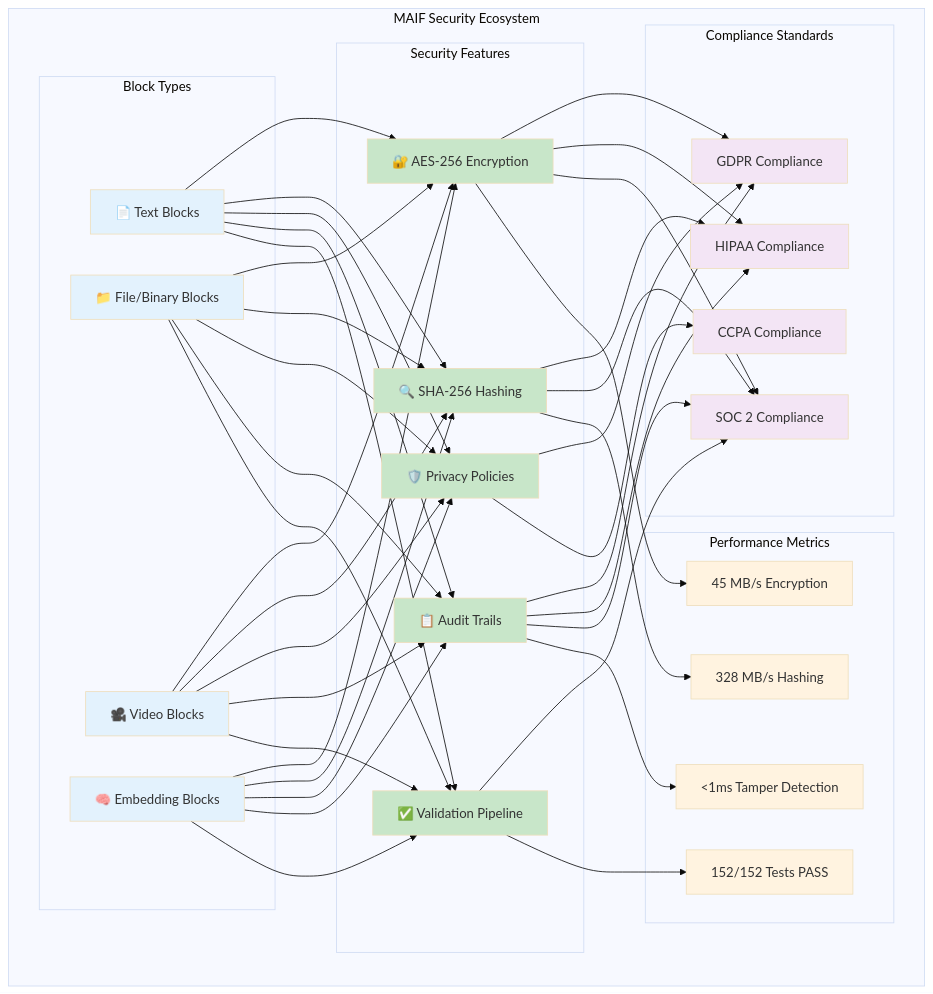
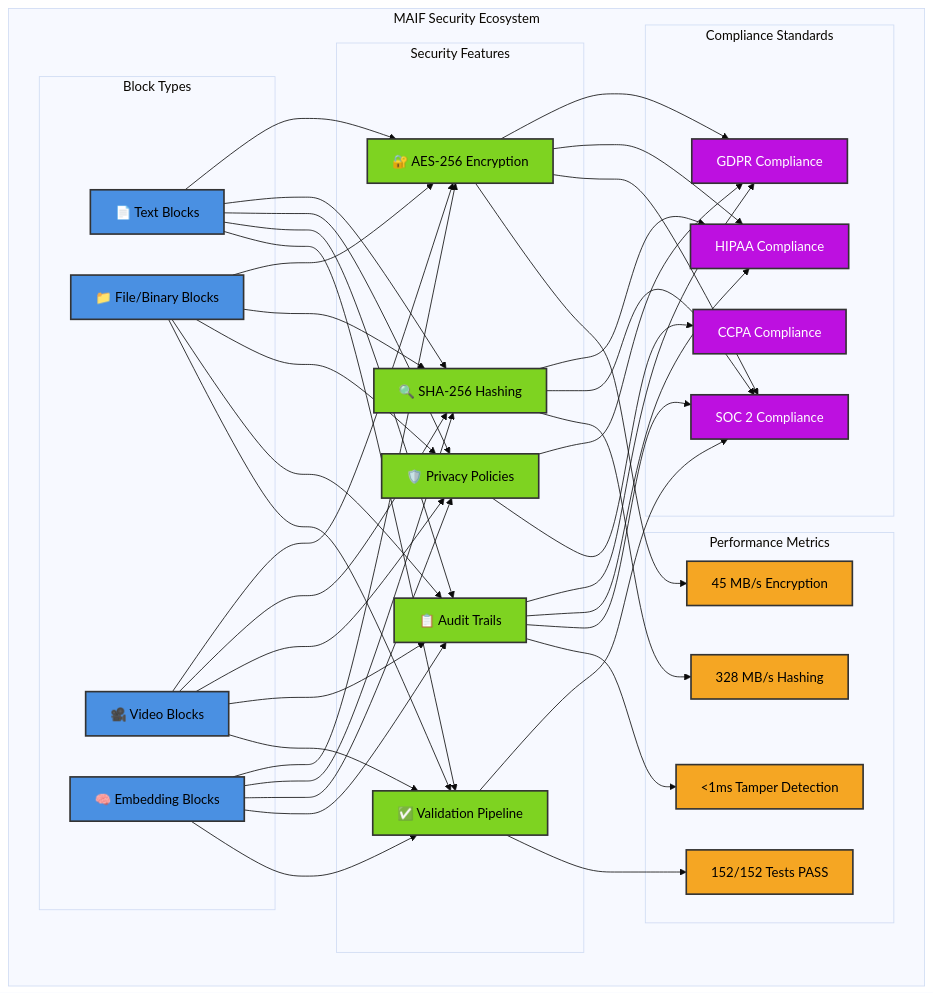
The first of 24 diagrams in SECURITY_SPECIFICATION.md (mbhatt1/maifscratch), drawn with Mermaid (base theme) before and after one commit. The commit also changed other lines of this file, not shown here.

````diff
--- a/SECURITY_SPECIFICATION.md
+++ b/SECURITY_SPECIFICATION.md
@@ -99,21 +99,21 @@
         SF5 --> PM4
     end
     
-    style BT1 fill:#e3f2fd
-    style BT2 fill:#e3f2fd
-    style BT3 fill:#e3f2fd
-    style BT4 fill:#e3f2fd
-    style SF1 fill:#c8e6c9
-    style SF2 fill:#c8e6c9
-    style SF3 fill:#c8e6c9
-    style SF4 fill:#c8e6c9
-    style SF5 fill:#c8e6c9
-    style CS1 fill:#f3e5f5
-    style CS2 fill:#f3e5f5
-    style CS3 fill:#f3e5f5
-    style CS4 fill:#f3e5f5
-    style PM1 fill:#fff3e0
-    style PM2 fill:#fff3e0
-    style PM3 fill:#fff3e0
-    style PM4 fill:#fff3e0
+    style BT1 fill:#4A90E2,stroke:#333,stroke-width:2px,color:#000
+    style BT2 fill:#4A90E2,stroke:#333,stroke-width:2px,color:#000
+    style BT3 fill:#4A90E2,stroke:#333,stroke-width:2px,color:#000
+    style BT4 fill:#4A90E2,stroke:#333,stroke-width:2px,color:#000
+    style SF1 fill:#7ED321,stroke:#333,stroke-width:2px,color:#000
+    style SF2 fill:#7ED321,stroke:#333,stroke-width:2px,color:#000
+    style SF3 fill:#7ED321,stroke:#333,stroke-width:2px,color:#000
+    style SF4 fill:#7ED321,stroke:#333,stroke-width:2px,color:#000
+    style SF5 fill:#7ED321,stroke:#333,stroke-width:2px,color:#000
+    style CS1 fill:#BD10E0,stroke:#333,stroke-width:2px,color:#fff
+    style CS2 fill:#BD10E0,stroke:#333,stroke-width:2px,color:#fff
+    style CS3 fill:#BD10E0,stroke:#333,stroke-width:2px,color:#fff
+    style CS4 fill:#BD10E0,stroke:#333,stroke-width:2px,color:#fff
+    style PM1 fill:#F5A623,stroke:#333,stroke-width:2px,color:#000
+    style PM2 fill:#F5A623,stroke:#333,stroke-width:2px,color:#000
+    style PM3 fill:#F5A623,stroke:#333,stroke-width:2px,color:#000
+    style PM4 fill:#F5A623,stroke:#333,stroke-width:2px,color:#000
 ```
````
